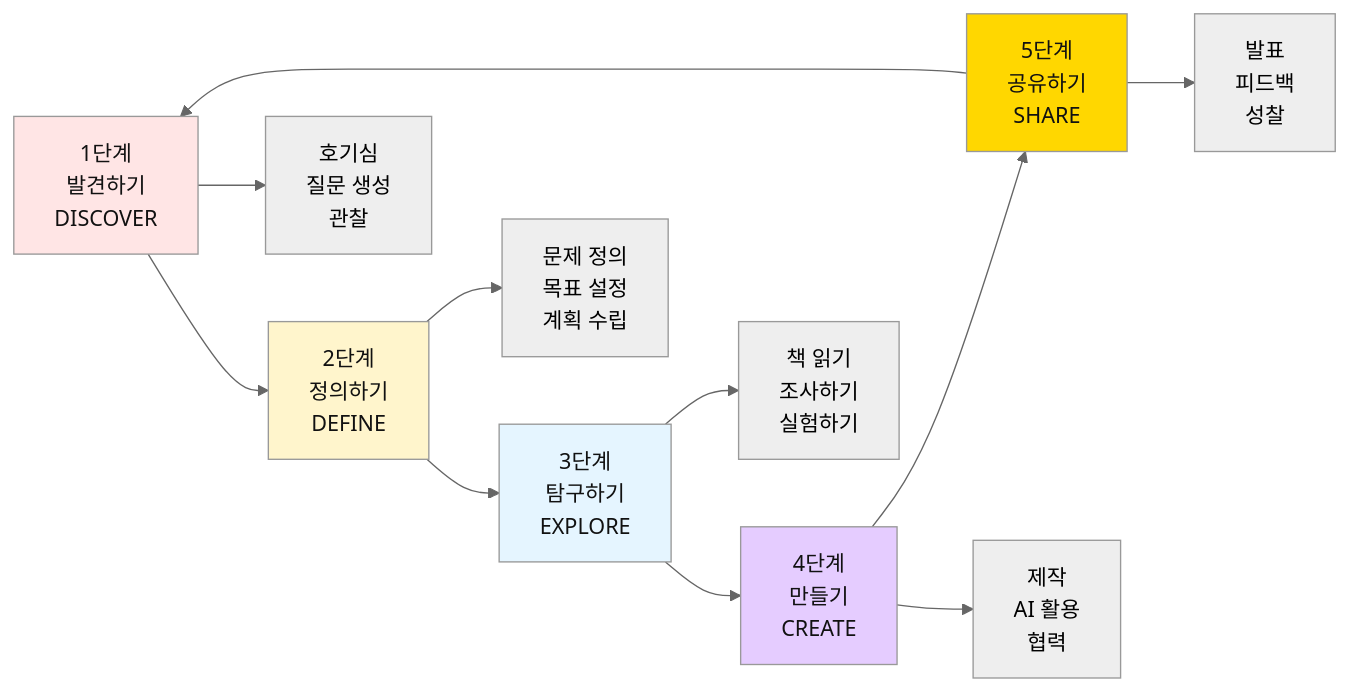
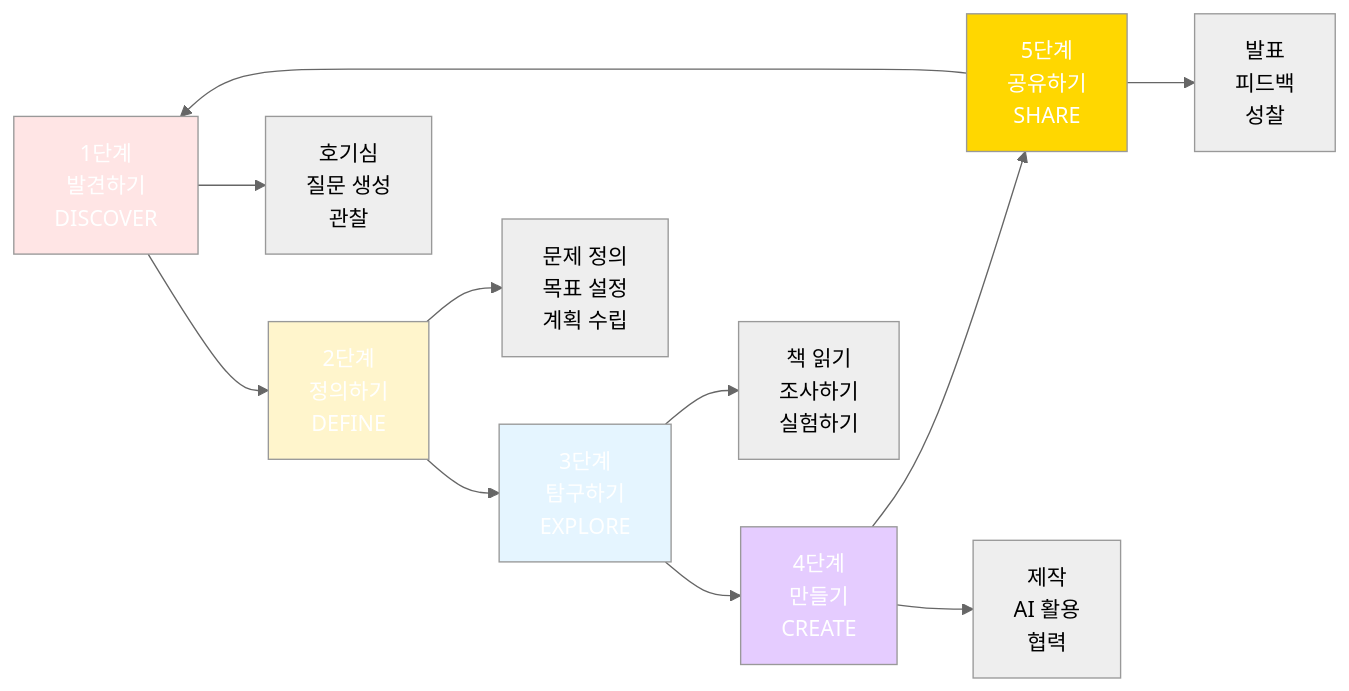
The third of 30 diagrams in 4단계_프뢰벨_프로젝트기반_교육과정.md (Collegenie-X/froebel), drawn with Mermaid (neutral theme) before and after one commit. The commit also changed other lines of this file and 4 other files, not shown here.

````diff
--- a/4단계_프뢰벨_프로젝트기반_교육과정.md
+++ b/4단계_프뢰벨_프로젝트기반_교육과정.md
@@ -89,20 +89,20 @@
 ```mermaid
 graph LR
     A[1단계<br/>발견하기<br/>DISCOVER] --> B[2단계<br/>정의하기<br/>DEFINE]
     B --> C[3단계<br/>탐구하기<br/>EXPLORE]
     C --> D[4단계<br/>만들기<br/>CREATE]
     D --> E[5단계<br/>공유하기<br/>SHARE]
     E --> A
     
     A --> A1[호기심<br/>질문 생성<br/>관찰]
     B --> B1[문제 정의<br/>목표 설정<br/>계획 수립]
     C --> C1[책 읽기<br/>조사하기<br/>실험하기]
     D --> D1[제작<br/>AI 활용<br/>협력]
     E --> E1[발표<br/>피드백<br/>성찰]
     
-    style A fill:#FFE5E5,color:#111
-    style B fill:#FFF5CC,color:#111
-    style C fill:#E5F5FF,color:#111
-    style D fill:#E5CCFF,color:#111
-    style E fill:#FFD700,color:#111
+    style A fill:#FFE5E5,color:#fff
+    style B fill:#FFF5CC,color:#fff
+    style C fill:#E5F5FF,color:#fff
+    style D fill:#E5CCFF,color:#fff
+    style E fill:#FFD700,color:#fff
 ```
````
